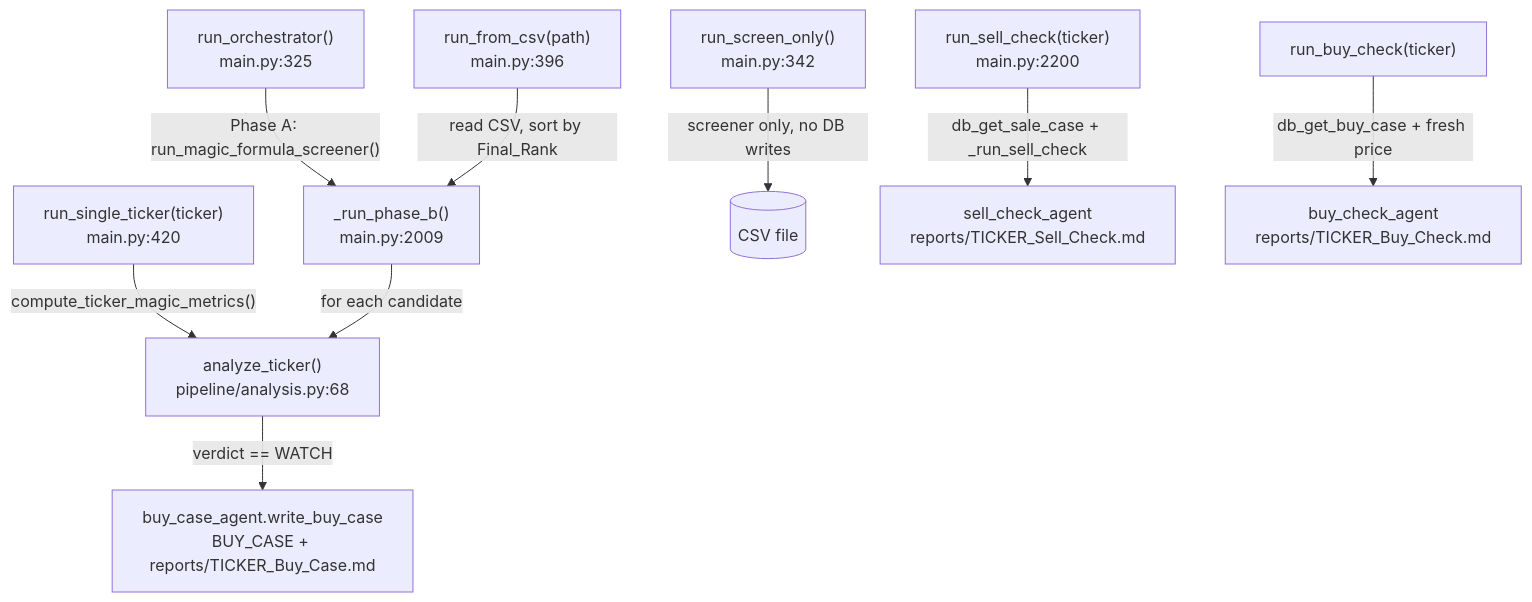
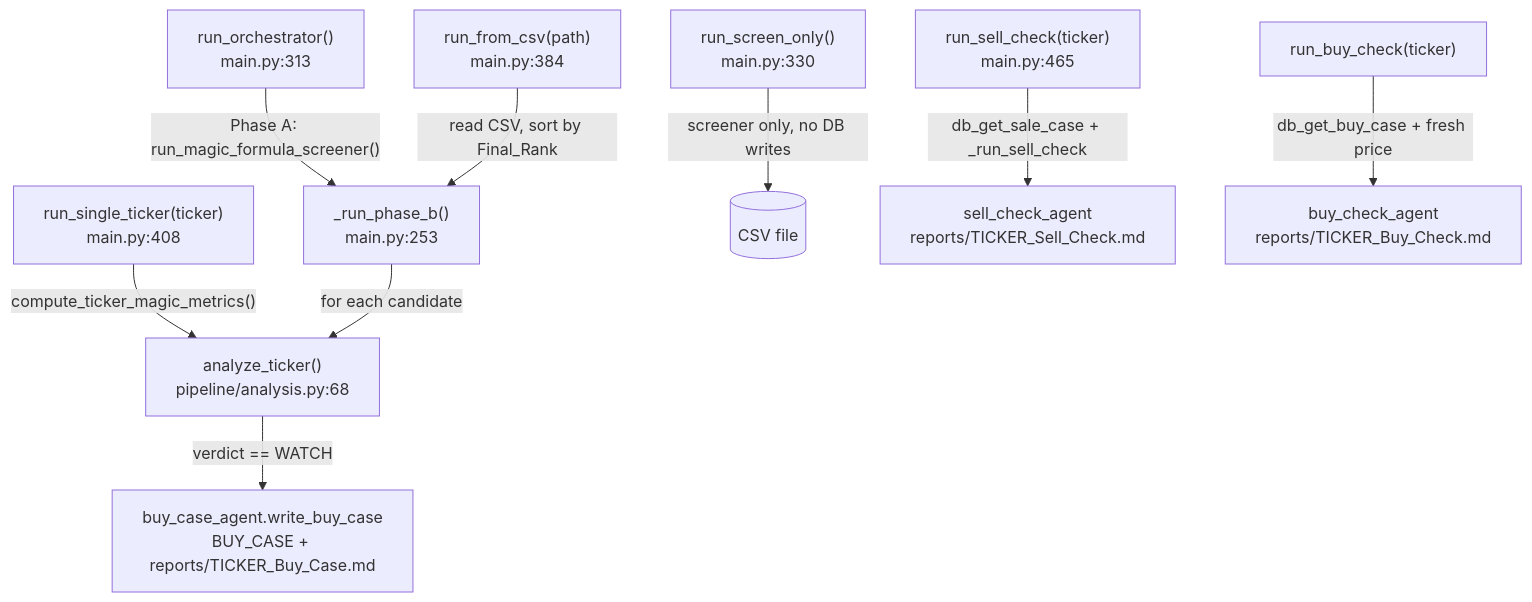
The diagram in docs/01-orchestration-and-cli.md (sun4github/magic-stock-picker), drawn with Mermaid before and after one commit. The commit also changed other lines of this file and 9 other files, not shown here.

First line of the commit message:
Add an architecture doc, and make every line reference true

````diff
--- a/docs/01-orchestration-and-cli.md
+++ b/docs/01-orchestration-and-cli.md
@@ -147,11 +161,11 @@
 ```mermaid
 flowchart TD
-    A["run_orchestrator()\nmain.py:325"] -->|"Phase A: run_magic_formula_screener()"| B["_run_phase_b()\nmain.py:2009"]
-    C["run_from_csv(path)\nmain.py:396"] -->|"read CSV, sort by Final_Rank"| B
-    D["run_single_ticker(ticker)\nmain.py:420"] -->|"compute_ticker_magic_metrics()"| E["analyze_ticker()\npipeline/analysis.py:68"]
+    A["run_orchestrator()\nmain.py:313"] -->|"Phase A: run_magic_formula_screener()"| B["_run_phase_b()\nmain.py:253"]
+    C["run_from_csv(path)\nmain.py:384"] -->|"read CSV, sort by Final_Rank"| B
+    D["run_single_ticker(ticker)\nmain.py:408"] -->|"compute_ticker_magic_metrics()"| E["analyze_ticker()\npipeline/analysis.py:68"]
     B -->|"for each candidate"| E
-    F["run_screen_only()\nmain.py:342"] -->|"screener only, no DB writes"| G[("CSV file")]
-    H["run_sell_check(ticker)\nmain.py:2200"] -->|"db_get_sale_case + _run_sell_check"| I["sell_check_agent\nreports/TICKER_Sell_Check.md"]
+    F["run_screen_only()\nmain.py:330"] -->|"screener only, no DB writes"| G[("CSV file")]
+    H["run_sell_check(ticker)\nmain.py:465"] -->|"db_get_sale_case + _run_sell_check"| I["sell_check_agent\nreports/TICKER_Sell_Check.md"]
     J["run_buy_check(ticker)"] -->|"db_get_buy_case + fresh price"| K["buy_check_agent\nreports/TICKER_Buy_Check.md"]
     E -->|"verdict == WATCH"| L["buy_case_agent.write_buy_case\nBUY_CASE + reports/TICKER_Buy_Case.md"]
 ```
````
